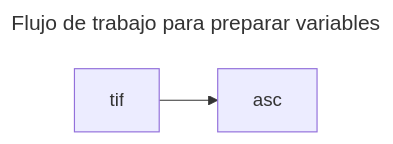
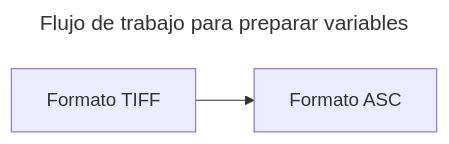
The diagram in 2025_variables/variable_workflow.mermaid (vshalisko/SDM), drawn with Mermaid before and after one commit.

```diff
--- a/2025_variables/variable_workflow.mermaid
+++ b/2025_variables/variable_workflow.mermaid
@@ -1,5 +1,7 @@
 ---
 title: Flujo de trabajo para preparar variables
 ---
 flowchart LR
+  tif[Formato TIFF]
+  asc[Formato ASC]
   tif --> asc 
```
